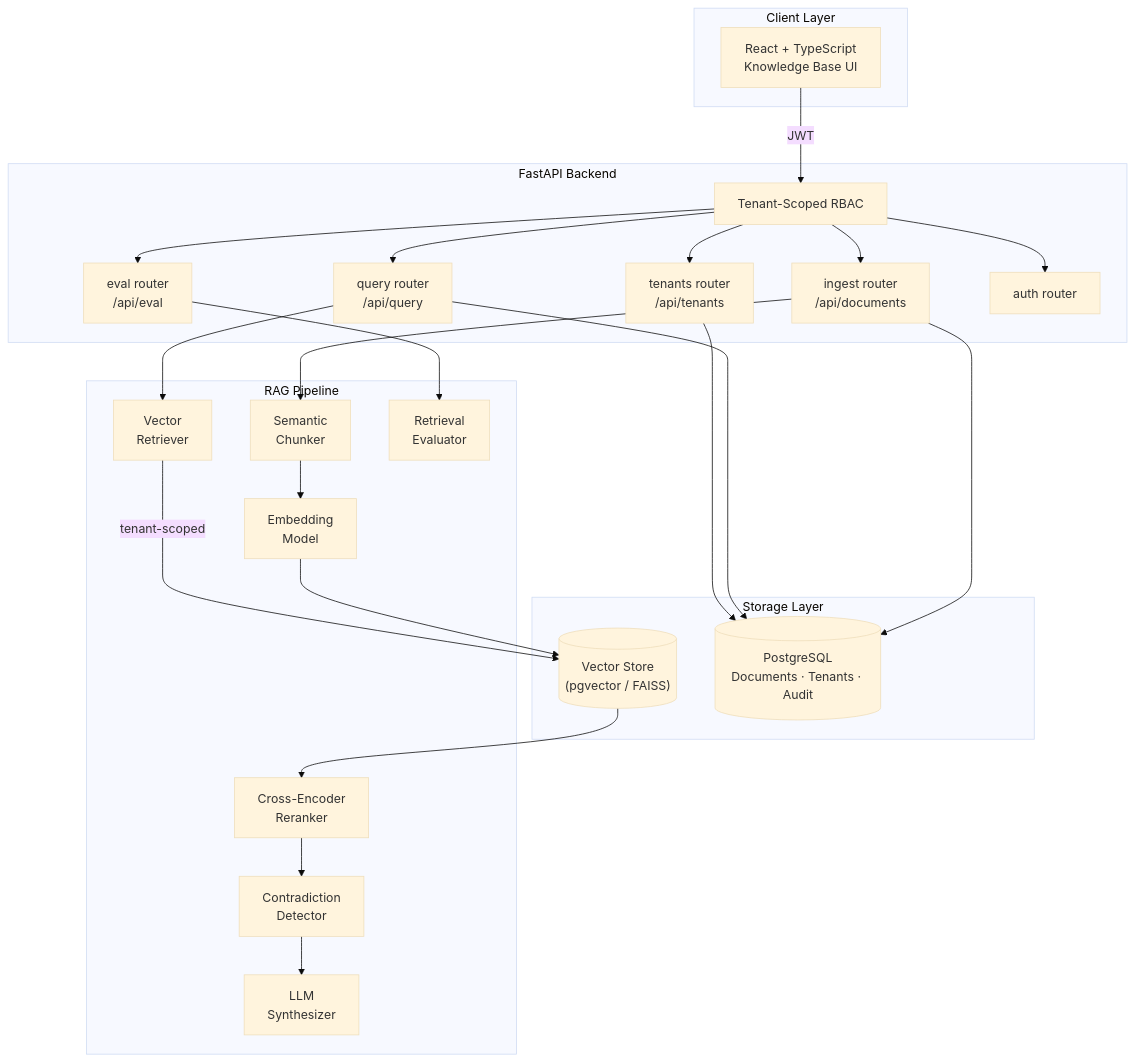
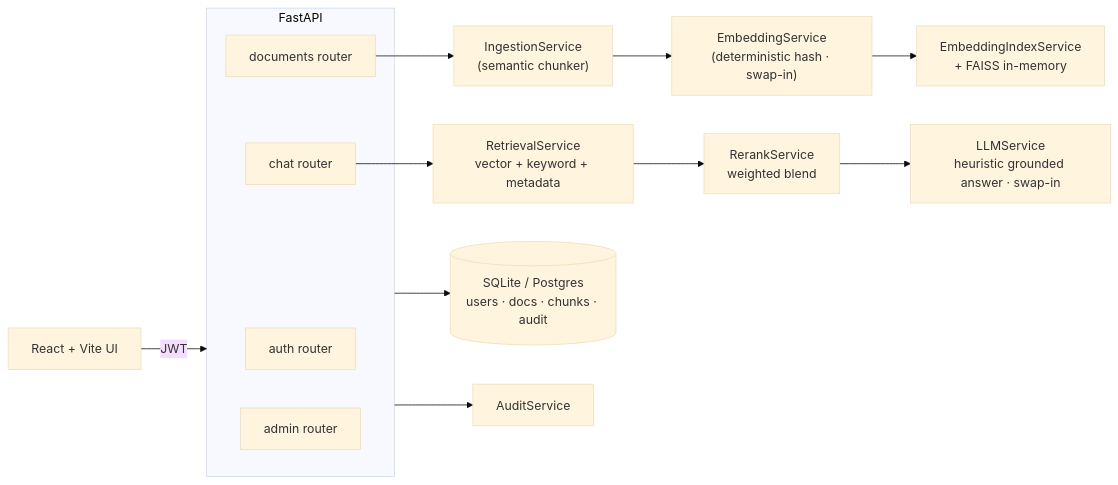
The diagram in README.md (RyanJBush/calisto-ai), drawn with Mermaid (base theme) before and after one commit. The commit also changed other lines of this file and 13 other files, not shown here.

First line of the commit message:
docs: portfolio upgrade — recruiter-friendly README, API/eval/resume docs, sample data (#31)

````diff
--- a/README.md
+++ b/README.md
@@ -32,39 +86,18 @@
 ```mermaid
-flowchart TD
-    subgraph Client["Client Layer"]
-        UI["React + TypeScript\nKnowledge Base UI"]
+flowchart LR
+    UI["React + Vite UI"] -->|"JWT"| API
+    subgraph API["FastAPI"]
+        AUTH["auth router"]
+        DOCS["documents router"]
+        CHAT["chat router"]
+        ADMIN["admin router"]
     end
-
-    subgraph API["FastAPI Backend"]
-        R_INGEST["ingest router\n/api/documents"]
-        R_QUERY["query router\n/api/query"]
-        R_EVAL["eval router\n/api/eval"]
-        R_TENANTS["tenants router\n/api/tenants"]
-        R_AUTH["auth router"]
-        RBAC["Tenant-Scoped RBAC"]
-    end
-
-    subgraph RAG["RAG Pipeline"]
-        CHUNKER["Semantic\nChunker"]
-        EMBEDDER["Embedding\nModel"]
-        RETRIEVER["Vector\nRetriever"]
-        RERANKER["Cross-Encoder\nReranker"]
-        CONFLICT["Contradiction\nDetector"]
-        LLM["LLM\nSynthesizer"]
-        EVAL["Retrieval\nEvaluator"]
-    end
-
-    subgraph Store["Storage Layer"]
-        VECTOR[("Vector Store\n(pgvector / FAISS)")]
-        PG[("PostgreSQL\nDocuments · Tenants · Audit")]
-    end
-
-    UI -->|"JWT"| RBAC
-    RBAC --> R_AUTH & R_INGEST & R_QUERY & R_EVAL & R_TENANTS
-    R_INGEST --> CHUNKER --> EMBEDDER --> VECTOR
-    R_QUERY --> RETRIEVER
-    RETRIEVER -->|"tenant-scoped"| VECTOR
-    VECTOR --> RERANKER --> CONFLICT --> LLM
-    R_EVAL --> EVAL
-    R_INGEST & R_QUERY & R_TENANTS --> PG
+    DOCS --> ING["IngestionService\n(semantic chunker)"]
+    ING --> EMB["EmbeddingService\n(deterministic hash · swap-in)"]
+    EMB --> IDX["EmbeddingIndexService\n+ FAISS in-memory"]
+    CHAT --> RET["RetrievalService\nvector + keyword + metadata"]
+    RET --> RR["RerankService\nweighted blend"]
+    RR --> LLM["LLMService\nheuristic grounded answer · swap-in"]
+    API --> DB[("SQLite / Postgres\nusers · docs · chunks · audit")]
+    API --> AUDIT["AuditService"]
 ```
````
